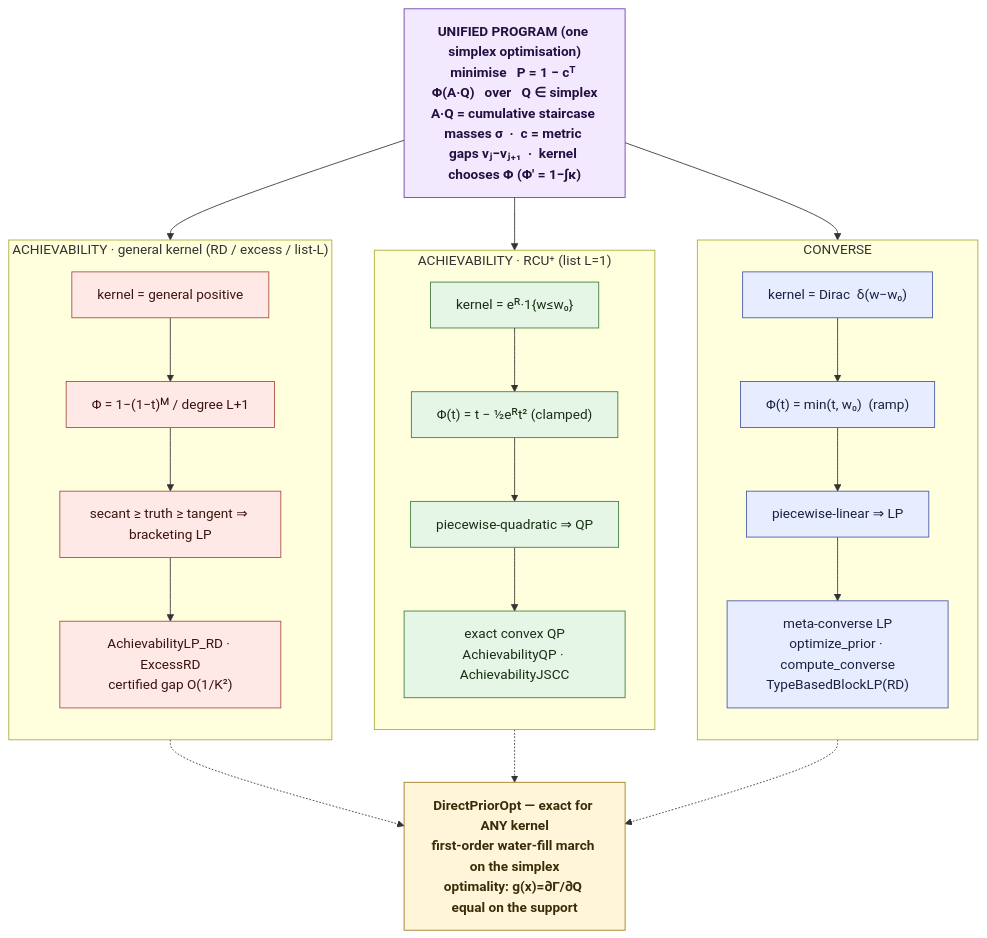
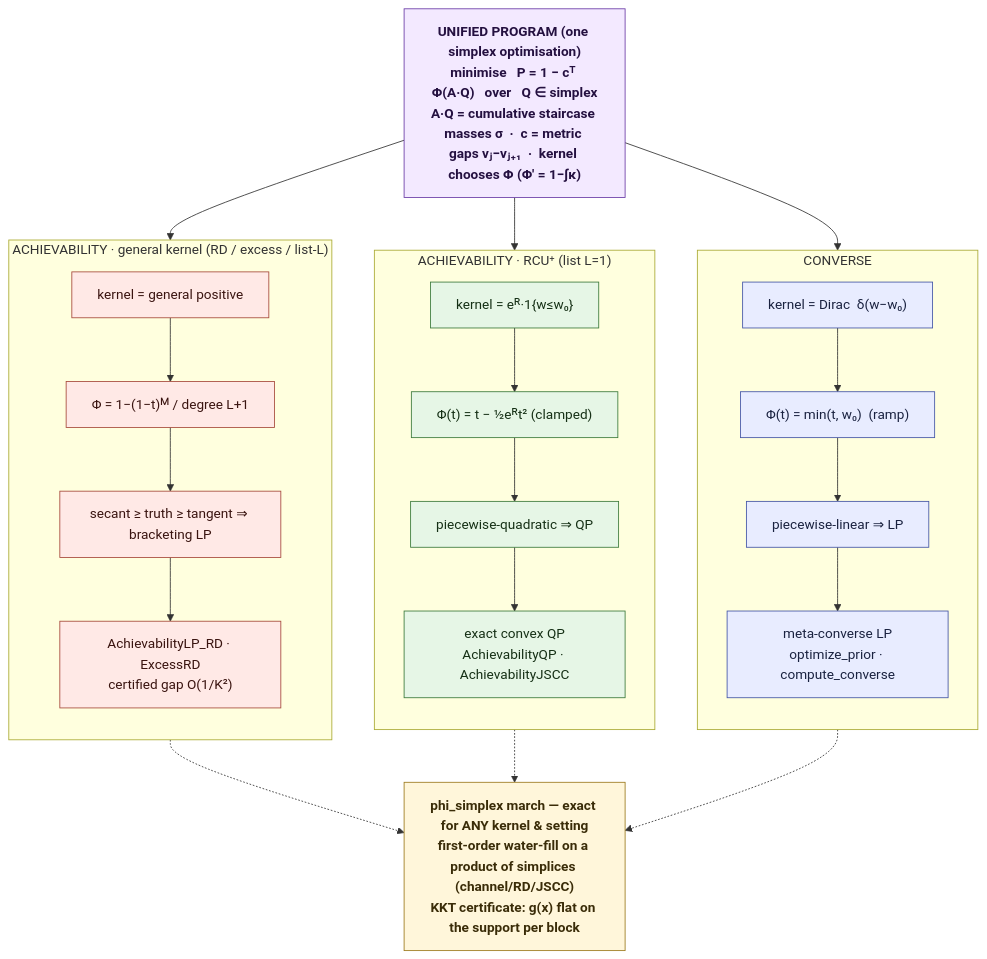
One commit to nire123/one_shot_IT changed the second of 2 diagrams in ARCHITECTURE.md. Above: the diagram before and after it, drawn with Mermaid. The commit also changed other lines of this file and 10 other files, not shown here.

First line of the commit message:
docs: sync all docs to the Phi-view mechanism + JSCC; add tests/README.md

````diff
--- a/ARCHITECTURE.md
+++ b/ARCHITECTURE.md
@@ -142,28 +140,28 @@
 ```mermaid
 flowchart TB
   classDef prog fill:#f3e9ff,stroke:#6a3ca6,color:#241040,font-weight:bold;
   classDef conv fill:#e8ecff,stroke:#4456a6,color:#1a2240;
   classDef ach1 fill:#e6f6e6,stroke:#3c7a3c,color:#163016;
   classDef ach2 fill:#ffe9e6,stroke:#a64a3c,color:#3a1410;
   classDef dir  fill:#fff6da,stroke:#9c7a1e,color:#3a2c08,font-weight:bold;
   P["UNIFIED PROGRAM (one simplex optimisation)<br/>minimise &nbsp; P = 1 − cᵀ Φ(A·Q) &nbsp; over &nbsp; Q ∈ simplex<br/>A·Q = cumulative staircase masses σ &nbsp;·&nbsp; c = metric gaps νⱼ−νⱼ₊₁ &nbsp;·&nbsp; kernel chooses Φ (Φ′ = 1−∫κ)"]:::prog
   P --> K1
   P --> K2
   P --> K3
   subgraph CONVERSE[" CONVERSE "]
     direction TB
-    K1["kernel = Dirac &nbsp;δ(w−w₀)"]:::conv --> F1["Φ(t) = min(t, w₀) &nbsp;(ramp)"]:::conv --> R1["piecewise-linear ⇒ LP"]:::conv --> S1["meta-converse LP<br/>optimize_prior · compute_converse<br/>TypeBasedBlockLP(RD)"]:::conv
+    K1["kernel = Dirac &nbsp;δ(w−w₀)"]:::conv --> F1["Φ(t) = min(t, w₀) &nbsp;(ramp)"]:::conv --> R1["piecewise-linear ⇒ LP"]:::conv --> S1["meta-converse LP<br/>optimize_prior · compute_converse"]:::conv
   end
   subgraph ACHA[" ACHIEVABILITY · RCU⁺ (list L=1) "]
     direction TB
     K2["kernel = eᴿ·1{w≤w₀}"]:::ach1 --> F2["Φ(t) = t − ½eᴿt²  (clamped)"]:::ach1 --> R2["piecewise-quadratic ⇒ QP"]:::ach1 --> S2["exact convex QP<br/>AchievabilityQP · AchievabilityJSCC"]:::ach1
   end
   subgraph ACHB[" ACHIEVABILITY · general kernel (RD / excess / list-L) "]
     direction TB
     K3["kernel = general positive"]:::ach2 --> F3["Φ = 1−(1−t)ᴹ  /  degree L+1"]:::ach2 --> R3["secant ≥ truth ≥ tangent ⇒ bracketing LP"]:::ach2 --> S3["AchievabilityLP_RD · ExcessRD<br/>certified gap O(1/K²)"]:::ach2
   end
   S1 -.-> DIR
   S2 -.-> DIR
   S3 -.-> DIR
-  DIR["DirectPriorOpt — exact for ANY kernel<br/>first-order water-fill march on the simplex<br/>optimality: g(x)=∂Γ/∂Q equal on the support"]:::dir
+  DIR["phi_simplex march — exact for ANY kernel & setting<br/>first-order water-fill on a product of simplices (channel/RD/JSCC)<br/>KKT certificate: g(x) flat on the support per block"]:::dir
 ```
````
